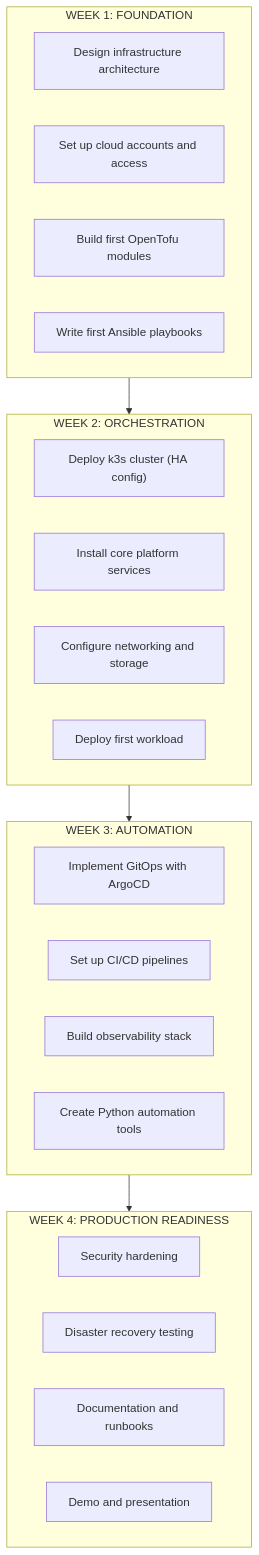
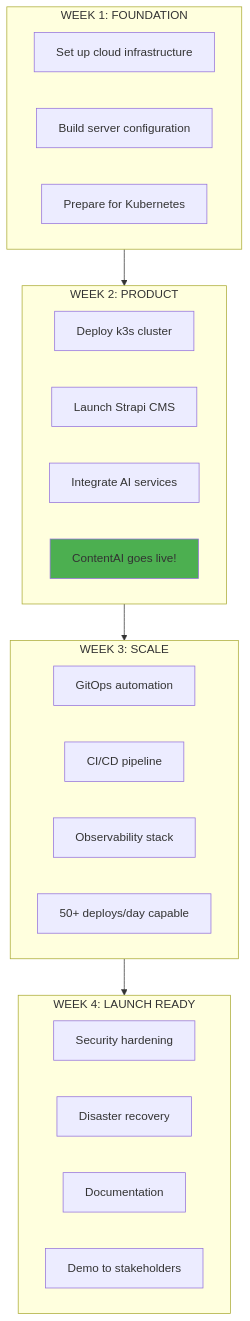
Before and after one commit to PearlThoughtsInternship/Internship-Obsidian-Vault: the first of 6 diagrams in DevOps/04-Internship/02-Week-by-Week.md, drawn with Mermaid. The commit also changed other lines of this file and 4 other files, not shown here.

First line of the commit message:
Reframe all internship docs around ContentAI product narrative

````diff
--- a/DevOps/04-Internship/02-Week-by-Week.md
+++ b/DevOps/04-Internship/02-Week-by-Week.md
@@ -16,32 +16,33 @@
 ```mermaid
 flowchart TB
     subgraph W1["WEEK 1: FOUNDATION"]
-        W1A["Design infrastructure architecture"]
-        W1B["Set up cloud accounts and access"]
-        W1C["Build first OpenTofu modules"]
-        W1D["Write first Ansible playbooks"]
+        W1A["Set up cloud infrastructure"]
+        W1B["Build server configuration"]
+        W1C["Prepare for Kubernetes"]
     end
 
-    subgraph W2["WEEK 2: ORCHESTRATION"]
-        W2A["Deploy k3s cluster (HA config)"]
-        W2B["Install core platform services"]
-        W2C["Configure networking and storage"]
-        W2D["Deploy first workload"]
+    subgraph W2["WEEK 2: PRODUCT"]
+        W2A["Deploy k3s cluster"]
+        W2B["Launch Strapi CMS"]
+        W2C["Integrate AI services"]
+        W2D["ContentAI goes live!"]
     end
 
-    subgraph W3["WEEK 3: AUTOMATION"]
-        W3A["Implement GitOps with ArgoCD"]
-        W3B["Set up CI/CD pipelines"]
-        W3C["Build observability stack"]
-        W3D["Create Python automation tools"]
+    subgraph W3["WEEK 3: SCALE"]
+        W3A["GitOps automation"]
+        W3B["CI/CD pipeline"]
+        W3C["Observability stack"]
+        W3D["50+ deploys/day capable"]
     end
 
-    subgraph W4["WEEK 4: PRODUCTION READINESS"]
+    subgraph W4["WEEK 4: LAUNCH READY"]
         W4A["Security hardening"]
-        W4B["Disaster recovery testing"]
-        W4C["Documentation and runbooks"]
-        W4D["Demo and presentation"]
+        W4B["Disaster recovery"]
+        W4C["Documentation"]
+        W4D["Demo to stakeholders"]
     end
 
     W1 --> W2 --> W3 --> W4
+
+    style W2D fill:#4CAF50
 ```
````
